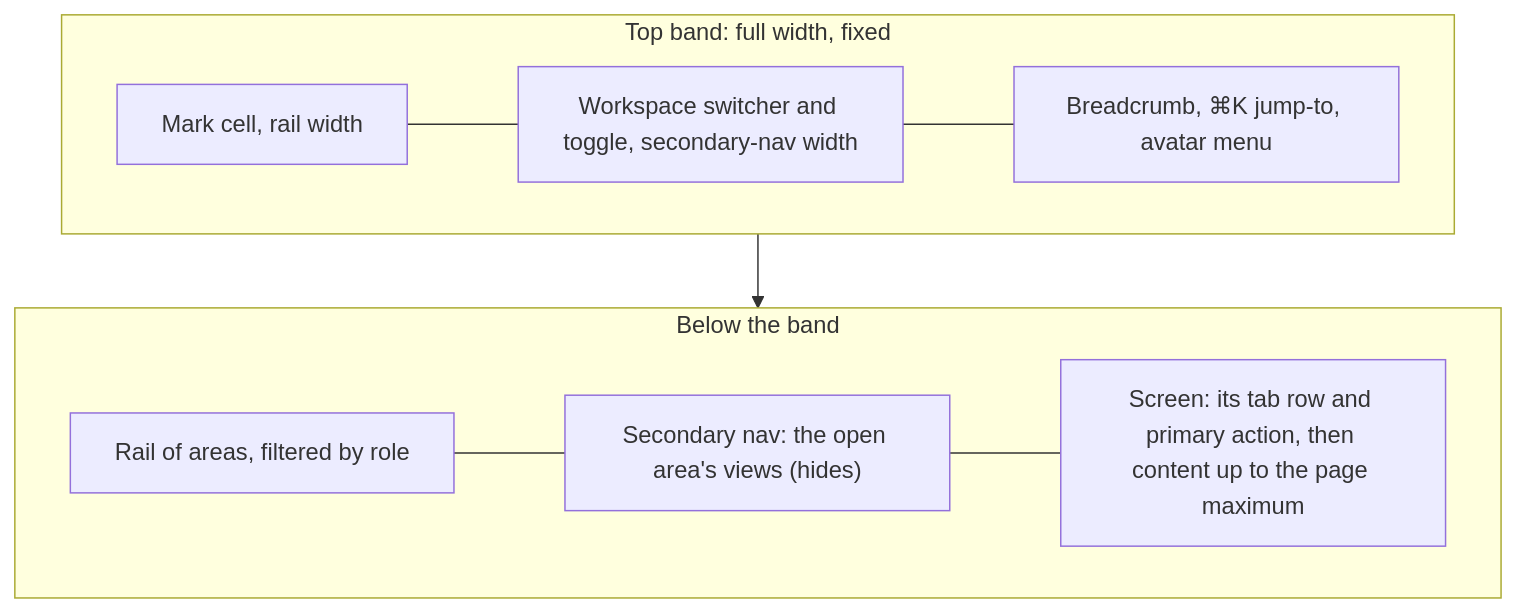
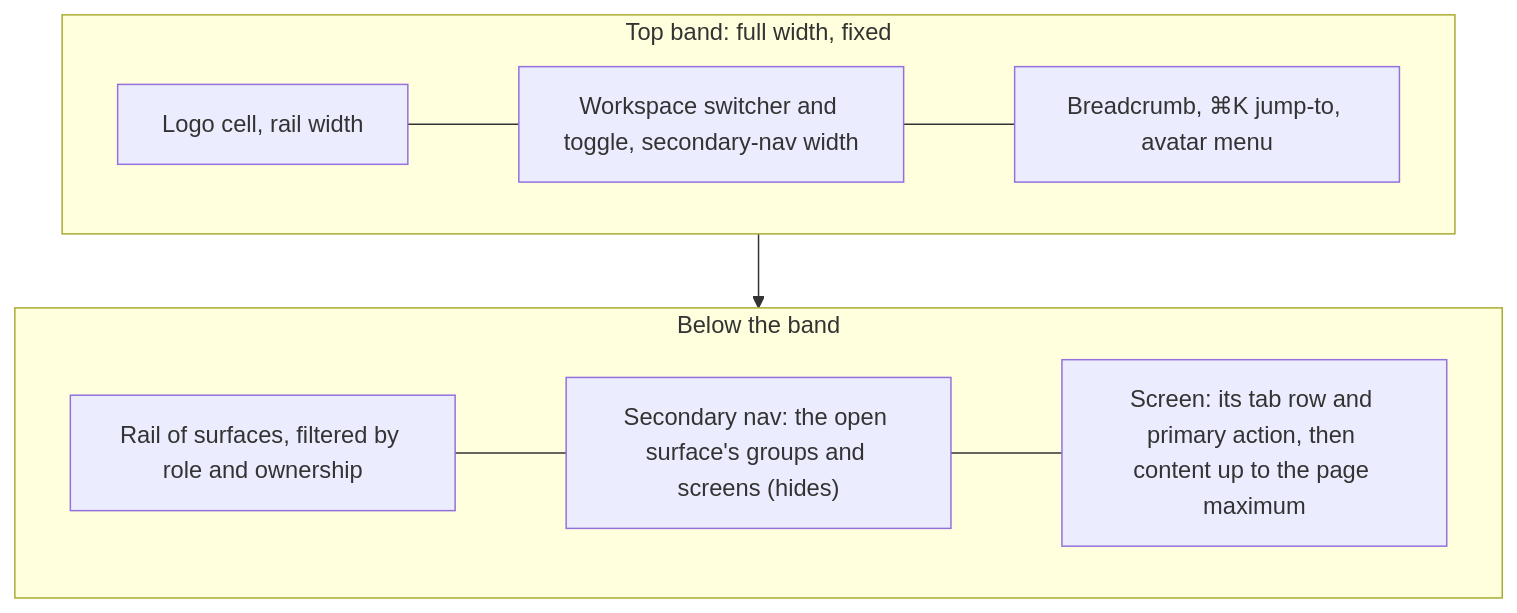
Before and after one commit to betteranswers/better-answers: the first of 3 diagrams in docs/plans/2026-09-30-1959-feat-shell-and-layout-foundations-plan.md, drawn with Mermaid. The commit also changed other lines of this file, not shown here.

````diff
--- a/docs/plans/2026-09-30-1959-feat-shell-and-layout-foundations-plan.md
+++ b/docs/plans/2026-09-30-1959-feat-shell-and-layout-foundations-plan.md
@@ -42,12 +45,12 @@
 ```mermaid
 flowchart TB
   subgraph Band["Top band: full width, fixed"]
     direction LR
-    M["Mark cell, rail width"] --- S["Workspace switcher and toggle, secondary-nav width"] --- B["Breadcrumb, ⌘K jump-to, avatar menu"]
+    M["Logo cell, rail width"] --- S["Workspace switcher and toggle, secondary-nav width"] --- B["Breadcrumb, ⌘K jump-to, avatar menu"]
   end
   subgraph Below["Below the band"]
     direction LR
-    R["Rail of areas, filtered by role"] --- N["Secondary nav: the open area's views (hides)"] --- C["Screen: its tab row and primary action, then content up to the page maximum"]
+    R["Rail of surfaces, filtered by role and ownership"] --- N["Secondary nav: the open surface's groups and screens (hides)"] --- C["Screen: its tab row and primary action, then content up to the page maximum"]
   end
   Band --> Below
 ```
````
